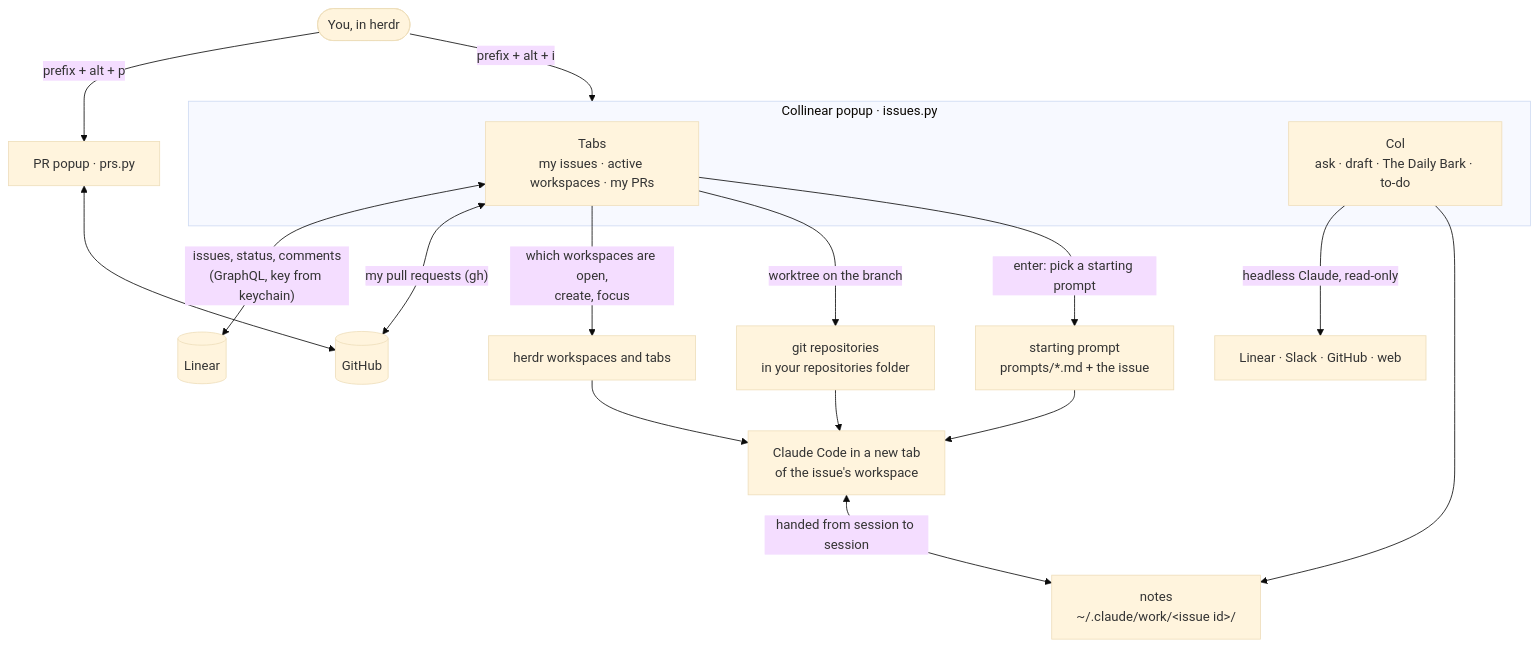
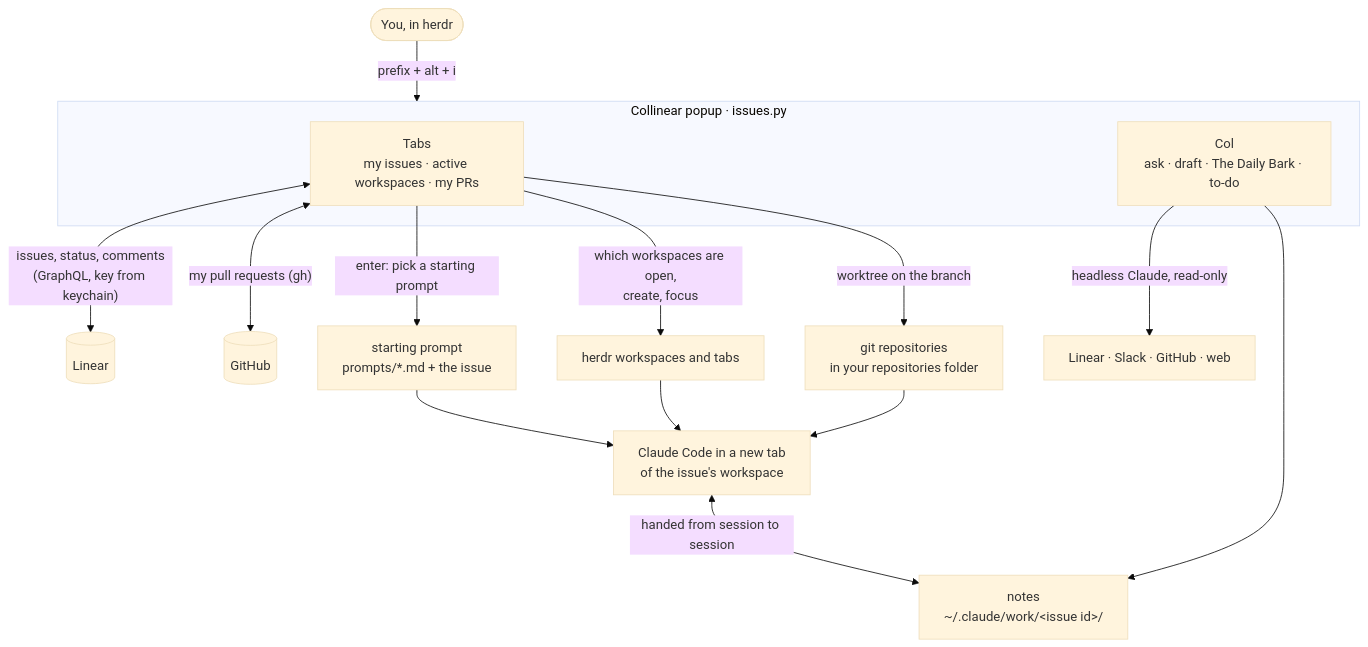
The diagram in README.md (eriksalsborn/collinear), drawn with Mermaid (base theme) before and after one commit. The commit also changed 4 other files, not shown here.

First line of the commit message:
refactor: the PR popup is gone, my PRs in Collinear replaced it

````diff
--- a/README.md
+++ b/README.md
@@ -76,26 +76,24 @@
 ```mermaid
 flowchart TD
     you([You, in herdr]) -- "prefix + alt + i" --> popup
 
     subgraph popup["Collinear popup · issues.py"]
         list["Tabs<br/>my issues · active workspaces · my PRs"]
         col["Col<br/>ask · draft · The Daily Bark · to-do"]
     end
 
     list <-- "issues, status, comments<br/>(GraphQL, key from keychain)" --> linear[(Linear)]
     list <-- "my pull requests (gh)" --> github[(GitHub)]
     list -- "which workspaces are open,<br/>create, focus" --> herdr["herdr workspaces and tabs"]
     list -- "worktree on the branch" --> git["git repositories<br/>in your repositories folder"]
     list -- "enter: pick a starting prompt" --> prompt["starting prompt<br/>prompts/*.md + the issue"]
 
     prompt --> session["Claude Code in a new tab<br/>of the issue's workspace"]
     herdr --> session
     git --> session
     session <-- "handed from session to session" --> notes["notes<br/>~/.claude/work/&lt;issue id&gt;/"]
 
     col -- "headless Claude, read-only" --> sources["Linear · Slack · GitHub · web"]
     col --> notes
 
-    you -- "prefix + alt + p" --> prs["PR popup · prs.py"]
-    prs <--> github
 ```
````
